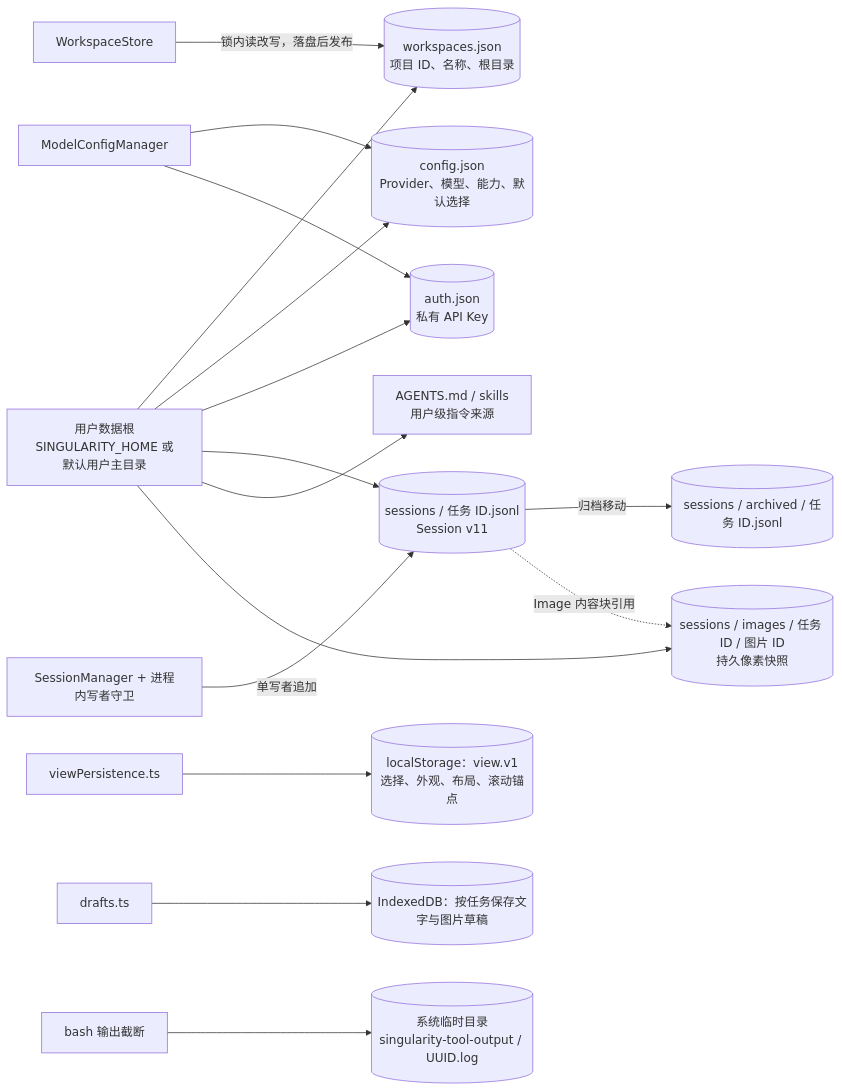
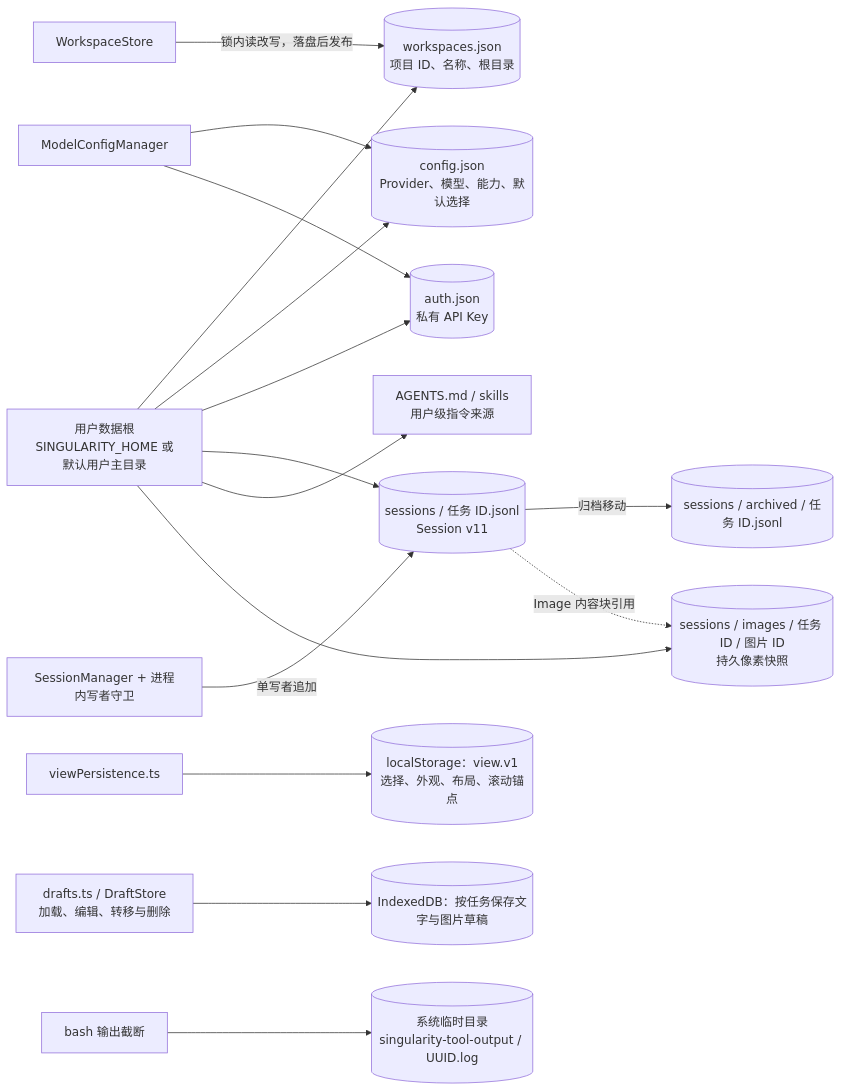
One commit to qjcnmd/singularity-agent changed the sixth of 29 diagrams in docs/architecture.md. Above: the diagram before and after it, drawn with Mermaid. The commit also changed other lines of this file and 52 other files, not shown here.

````diff
--- a/docs/architecture.md
+++ b/docs/architecture.md
@@ -164,18 +164,18 @@
 ```mermaid
 flowchart LR
     Home["用户数据根<br/>SINGULARITY_HOME 或默认用户主目录"] --> WorkspaceRegistryFile[("workspaces.json<br/>项目 ID、名称、根目录")]
     Home --> Config[("config.json<br/>Provider、模型、能力、默认选择")]
     Home --> Auth[("auth.json<br/>私有 API Key")]
     Home --> Ledger[("sessions / 任务 ID.jsonl<br/>Session v11")]
     Ledger -->|"归档移动"| Archive[("sessions / archived / 任务 ID.jsonl")]
     Home --> Instructions["AGENTS.md / skills<br/>用户级指令来源"]
     WorkspaceStore["WorkspaceStore"] -->|"锁内读改写，落盘后发布"| WorkspaceRegistryFile
     ModelManager["ModelConfigManager"] --> Config
     ModelManager --> Auth
     Manager["SessionManager + 进程内写者守卫"] -->|"单写者追加"| Ledger
     Browser["viewPersistence.ts"] --> View[("localStorage：view.v1<br/>选择、外观、布局、滚动锚点")]
-    DraftStore["drafts.ts"] --> Draft[("IndexedDB：按任务保存文字与图片草稿")]
+    DraftStore["drafts.ts / DraftStore<br/>加载、编辑、转移与删除"] --> Draft[("IndexedDB：按任务保存文字与图片草稿")]
     Home --> Images[("sessions / images / 任务 ID / 图片 ID<br/>持久像素快照")]
     Ledger -.->|"Image 内容块引用"| Images
     Bash["bash 输出截断"] --> Temp[("系统临时目录<br/>singularity-tool-output / UUID.log")]
 ```
````
